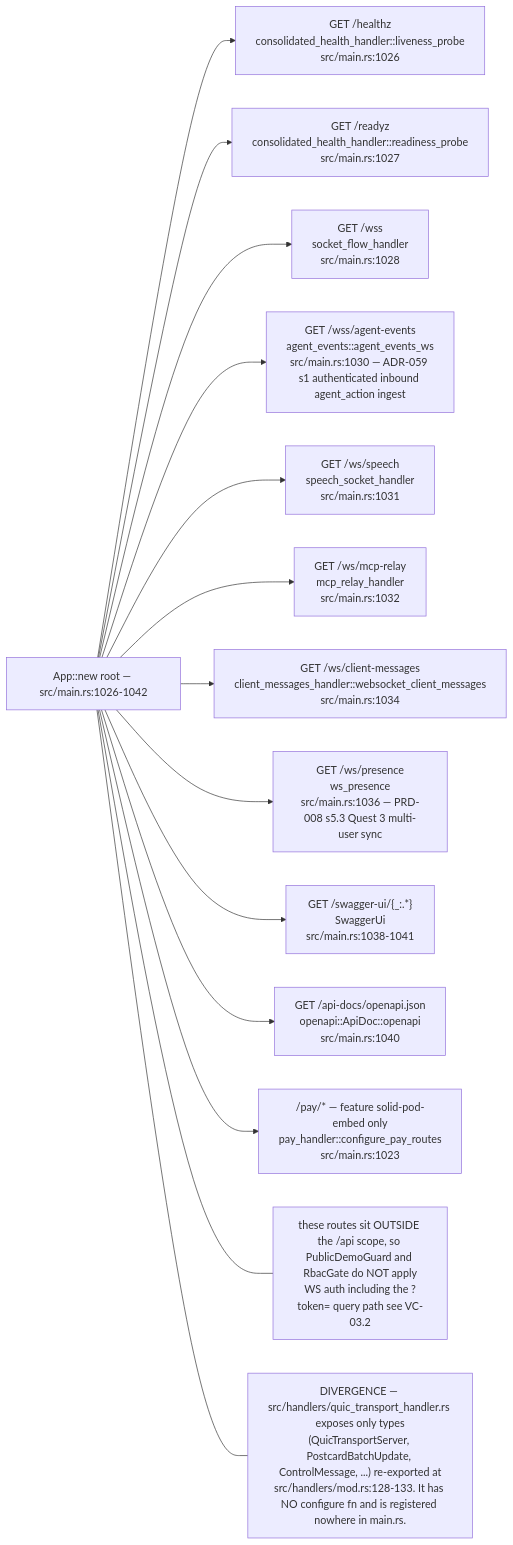
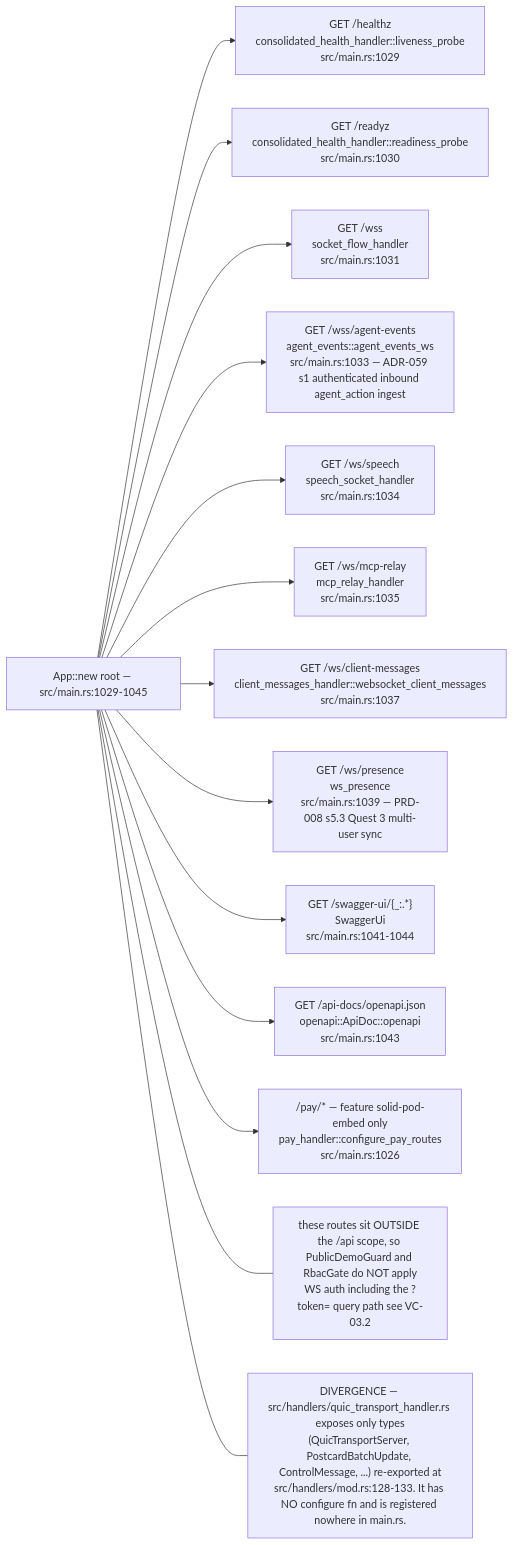
The ninth of 14 diagrams in docs/diagrams/visionclaw/01-boot-and-app-state.md (DreamLab-AI/AR-AI-Knowledge-Graph), drawn with Mermaid before and after one commit. The commit also changed other lines of this file and 73 other files, not shown here.

First line of the commit message:
docs(diagrams): re-verify all 71 topic files against HEAD; add --cite-check

````diff
--- a/docs/diagrams/visionclaw/01-boot-and-app-state.md
+++ b/docs/diagrams/visionclaw/01-boot-and-app-state.md
@@ -384,19 +384,19 @@
 ```mermaid
 flowchart LR
-    ROOT["App::new root — src/main.rs:1026-1042"]
-    ROOT --> H1["GET /healthz<br/>consolidated_health_handler::liveness_probe<br/>src/main.rs:1026"]
-    ROOT --> H2["GET /readyz<br/>consolidated_health_handler::readiness_probe<br/>src/main.rs:1027"]
-    ROOT --> W1["GET /wss<br/>socket_flow_handler<br/>src/main.rs:1028"]
-    ROOT --> W2["GET /wss/agent-events<br/>agent_events::agent_events_ws<br/>src/main.rs:1030 — ADR-059 s1 authenticated inbound agent_action ingest"]
-    ROOT --> W3["GET /ws/speech<br/>speech_socket_handler<br/>src/main.rs:1031"]
-    ROOT --> W4["GET /ws/mcp-relay<br/>mcp_relay_handler<br/>src/main.rs:1032"]
-    ROOT --> W5["GET /ws/client-messages<br/>client_messages_handler::websocket_client_messages<br/>src/main.rs:1034"]
-    ROOT --> W6["GET /ws/presence<br/>ws_presence<br/>src/main.rs:1036 — PRD-008 s5.3 Quest 3 multi-user sync"]
-    ROOT --> O1["GET /swagger-ui/{_:.*}<br/>SwaggerUi<br/>src/main.rs:1038-1041"]
-    ROOT --> O2["GET /api-docs/openapi.json<br/>openapi::ApiDoc::openapi<br/>src/main.rs:1040"]
-    ROOT --> PAY["/pay/* — feature solid-pod-embed only<br/>pay_handler::configure_pay_routes<br/>src/main.rs:1023"]
+    ROOT["App::new root — src/main.rs:1029-1045"]
+    ROOT --> H1["GET /healthz<br/>consolidated_health_handler::liveness_probe<br/>src/main.rs:1029"]
+    ROOT --> H2["GET /readyz<br/>consolidated_health_handler::readiness_probe<br/>src/main.rs:1030"]
+    ROOT --> W1["GET /wss<br/>socket_flow_handler<br/>src/main.rs:1031"]
+    ROOT --> W2["GET /wss/agent-events<br/>agent_events::agent_events_ws<br/>src/main.rs:1033 — ADR-059 s1 authenticated inbound agent_action ingest"]
+    ROOT --> W3["GET /ws/speech<br/>speech_socket_handler<br/>src/main.rs:1034"]
+    ROOT --> W4["GET /ws/mcp-relay<br/>mcp_relay_handler<br/>src/main.rs:1035"]
+    ROOT --> W5["GET /ws/client-messages<br/>client_messages_handler::websocket_client_messages<br/>src/main.rs:1037"]
+    ROOT --> W6["GET /ws/presence<br/>ws_presence<br/>src/main.rs:1039 — PRD-008 s5.3 Quest 3 multi-user sync"]
+    ROOT --> O1["GET /swagger-ui/{_:.*}<br/>SwaggerUi<br/>src/main.rs:1041-1044"]
+    ROOT --> O2["GET /api-docs/openapi.json<br/>openapi::ApiDoc::openapi<br/>src/main.rs:1043"]
+    ROOT --> PAY["/pay/* — feature solid-pod-embed only<br/>pay_handler::configure_pay_routes<br/>src/main.rs:1026"]
     N1["these routes sit OUTSIDE the /api scope, so PublicDemoGuard and RbacGate do NOT apply<br/>WS auth including the ?token= query path see VC-03.2"]
     ROOT --- N1
     N2["DIVERGENCE — src/handlers/quic_transport_handler.rs exposes only types<br/>(QuicTransportServer, PostcardBatchUpdate, ControlMessage, ...) re-exported at<br/>src/handlers/mod.rs:128-133. It has NO configure fn and is registered nowhere in main.rs."]
     ROOT --- N2
 ```
````
